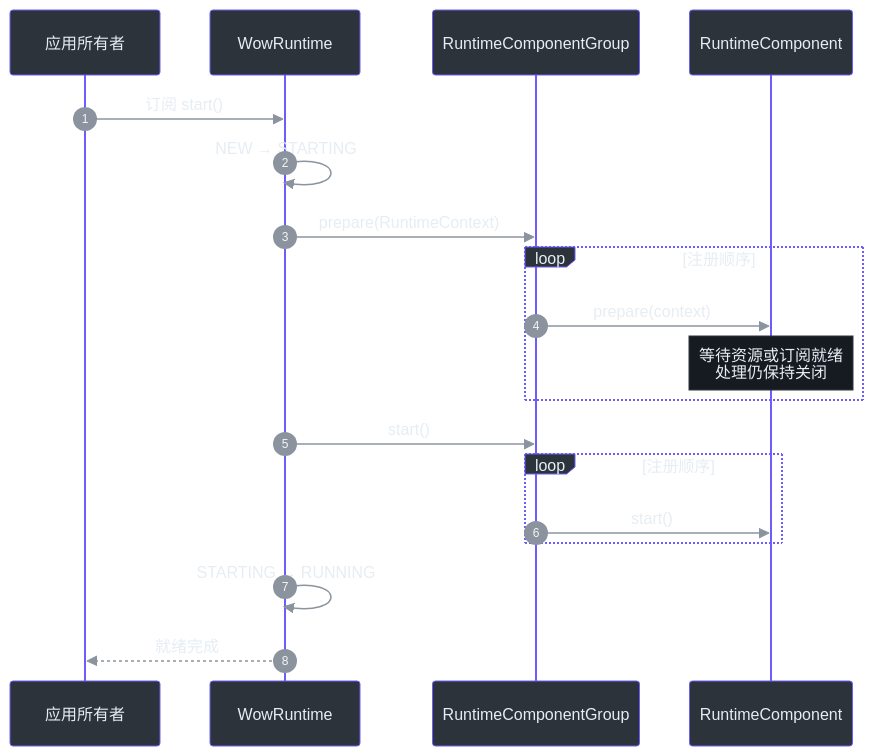
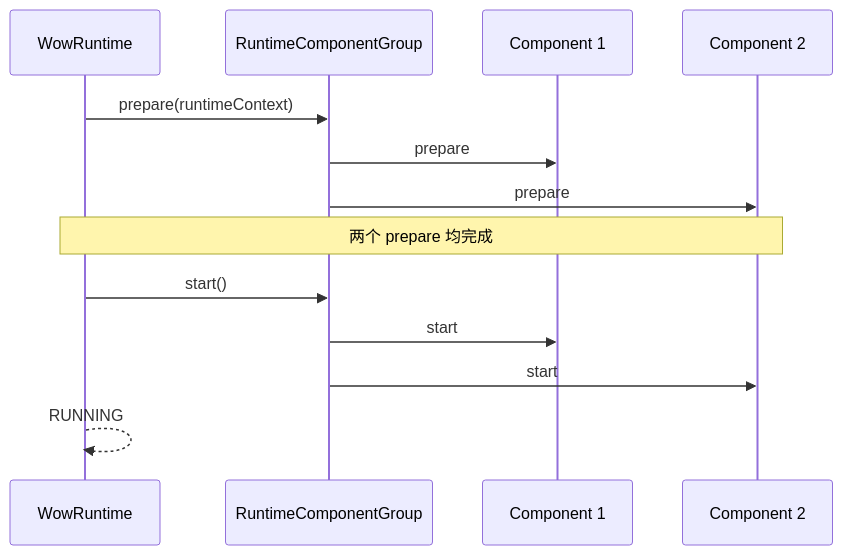
One commit to Ahoo-Wang/Wow changed the first of 2 diagrams in documentation/docs/zh/guide/advanced/runtime-lifecycle.md. Above: the diagram before and after it, drawn with Mermaid. The commit also changed other lines of this file and 166 other files, not shown here.

````diff
--- a/documentation/docs/zh/guide/advanced/runtime-lifecycle.md
+++ b/documentation/docs/zh/guide/advanced/runtime-lifecycle.md
@@ -152,23 +35,16 @@
 ```mermaid
-%%{init: {"theme":"base","themeVariables":{"actorBkg":"#2d333b","actorBorder":"#6d5dfc","actorTextColor":"#e6edf3","signalColor":"#8b949e","signalTextColor":"#e6edf3","noteBkgColor":"#161b22","noteBorderColor":"#30363d","noteTextColor":"#e6edf3","labelBoxBkgColor":"#2d333b","labelBoxBorderColor":"#6d5dfc","labelTextColor":"#e6edf3"}}}%%
 sequenceDiagram
-    autonumber
-    participant Owner as 应用所有者
-    participant Runtime as WowRuntime
+    participant Owner as WowRuntime
     participant Group as RuntimeComponentGroup
-    participant Components as RuntimeComponent
+    participant C1 as Component 1
+    participant C2 as Component 2
 
-    Owner->>Runtime: 订阅 start()
-    Runtime->>Runtime: NEW → STARTING
-    Runtime->>Group: prepare(RuntimeContext)
-    loop 注册顺序
-        Group->>Components: prepare(context)
-        Note over Components: 等待资源或订阅就绪<br>处理仍保持关闭
-    end
-    Runtime->>Group: start()
-    loop 注册顺序
-        Group->>Components: start()
-    end
-    Runtime->>Runtime: STARTING → RUNNING
-    Runtime-->>Owner: 就绪完成
+    Owner->>Group: prepare(runtimeContext)
+    Group->>C1: prepare
+    Group->>C2: prepare
+    Note over Owner,C2: 两个 prepare 均完成
+    Owner->>Group: start()
+    Group->>C1: start
+    Group->>C2: start
+    Owner-->>Owner: RUNNING
 ```
````
